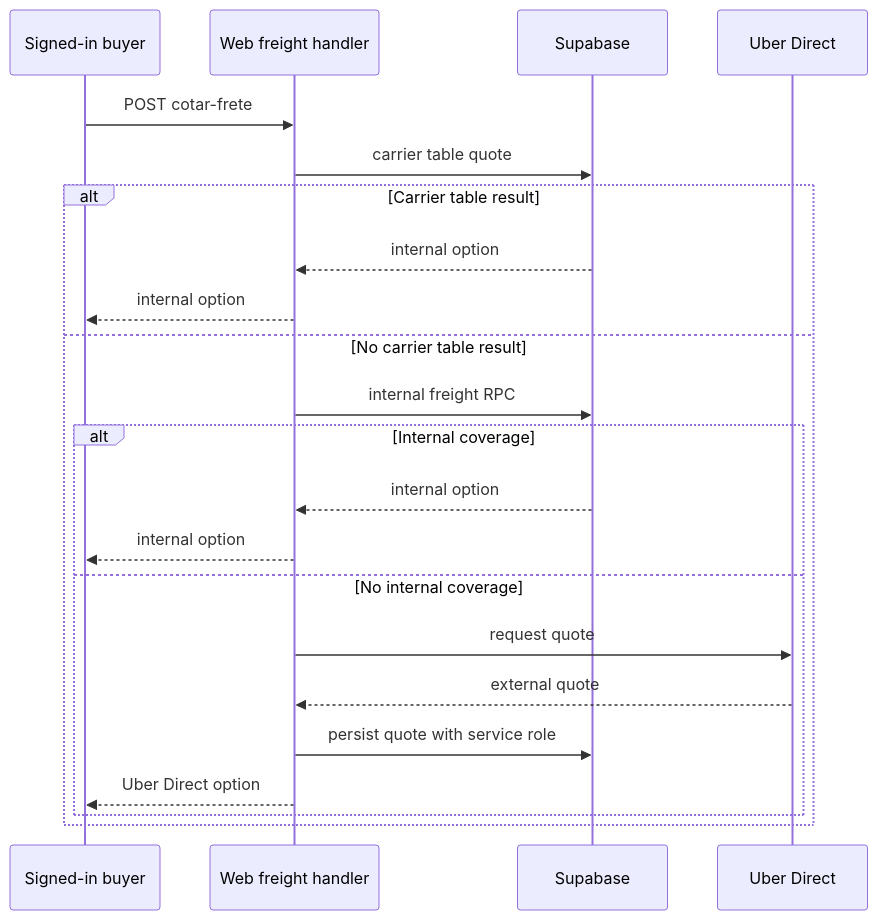
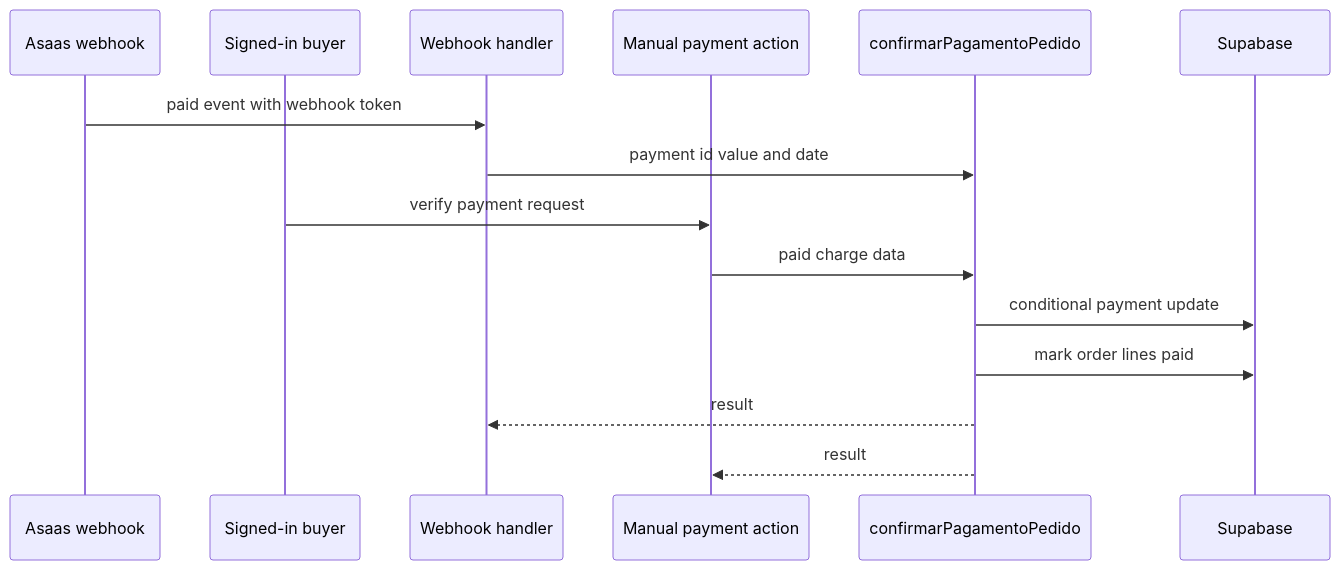
Before and after one commit to Schneider-Gr/industria24hIA: the second of 2 diagrams in openwiki/architecture/system-map.md, drawn with Mermaid. The commit also changed other lines of this file and 28 other files, not shown here.

````diff
--- a/openwiki/architecture/system-map.md
+++ b/openwiki/architecture/system-map.md
@@ -184,24 +134,17 @@
 ```mermaid
 sequenceDiagram
+  participant Asaas as Asaas webhook
   participant Buyer as Signed-in buyer
-  participant Web as Web freight handler
+  participant Webhook as Webhook handler
+  participant Verify as Manual payment action
+  participant Confirm as confirmarPagamentoPedido
   participant DB as Supabase
-  participant Uber as Uber Direct
-  Buyer->>Web: POST cotar-frete
-  Web->>DB: carrier table quote
-  alt Carrier table result
-    DB-->>Web: internal option
-    Web-->>Buyer: internal option
-  else No carrier table result
-    Web->>DB: internal freight RPC
-    alt Internal coverage
-      DB-->>Web: internal option
-      Web-->>Buyer: internal option
-    else No internal coverage
-      Web->>Uber: request quote
-      Uber-->>Web: external quote
-      Web->>DB: persist quote with service role
-      Web-->>Buyer: Uber Direct option
-    end
-  end
+  Asaas->>Webhook: paid event with webhook token
+  Webhook->>Confirm: payment id value and date
+  Buyer->>Verify: verify payment request
+  Verify->>Confirm: paid charge data
+  Confirm->>DB: conditional payment update
+  Confirm->>DB: mark order lines paid
+  Confirm-->>Webhook: result
+  Confirm-->>Verify: result
 ```
````
